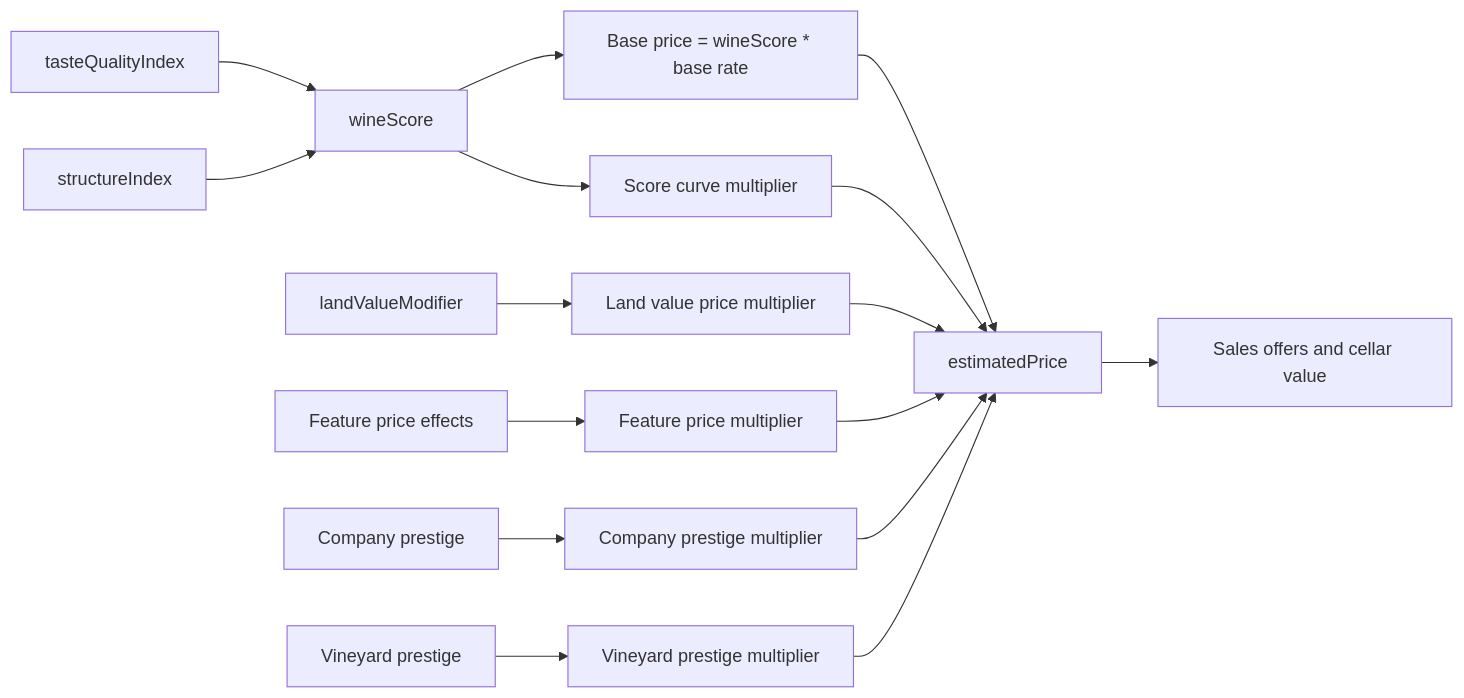
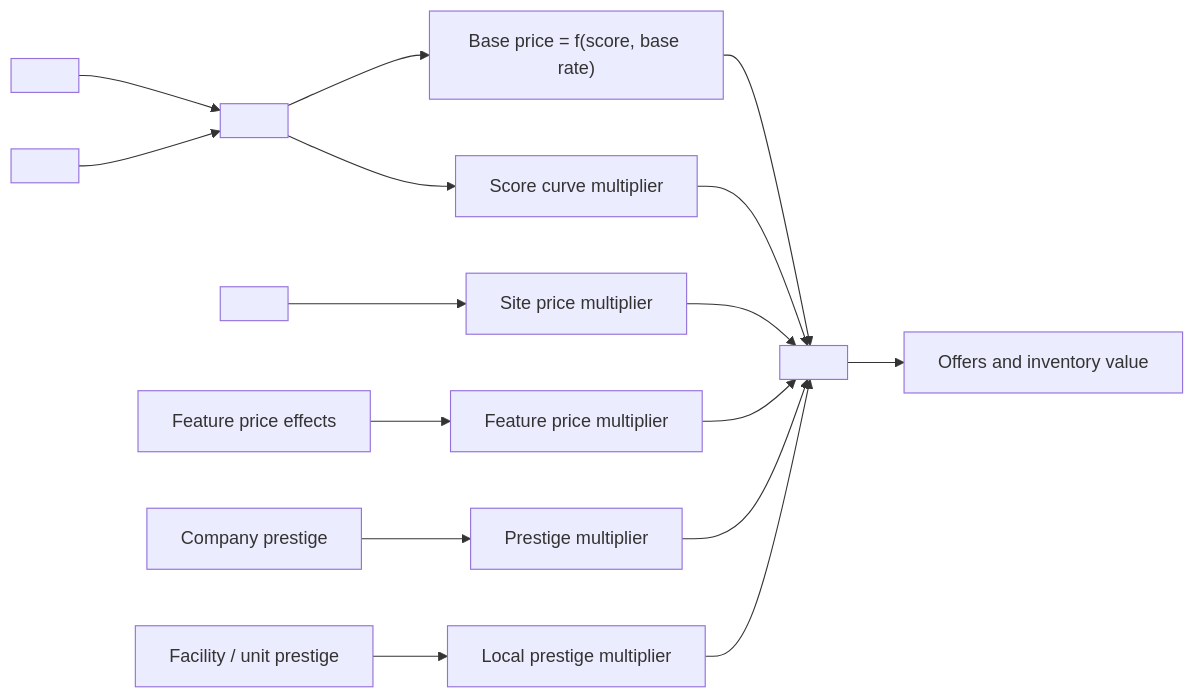
Before and after one commit to gram12321/protoproduction: the sixth of 10 diagrams in docs/VariableRelationshipMap.md, drawn with Mermaid. The commit also changed other lines of this file and 15 other files, not shown here.

````diff
--- a/docs/VariableRelationshipMap.md
+++ b/docs/VariableRelationshipMap.md
@@ -152,18 +160,18 @@
 ```mermaid
 flowchart LR
-  TQI["tasteQualityIndex"] --> WS["wineScore"]
-  SI["structureIndex"] --> WS
-  WS --> BASE["Base price = wineScore * base rate"]
-  WS --> CURVE["Score curve multiplier"]
-  LVM["landValueModifier"] --> LPM["Land value price multiplier"]
+  QI_A["<qualityIndexA>"] --> SC["<aggregateScore>"]
+  QI_B["<qualityIndexB>"] --> SC
+  SC --> BASE["Base price = f(score, base rate)"]
+  SC --> CURVE["Score curve multiplier"]
+  SMOD["<siteModifier>"] --> SPM["Site price multiplier"]
   FE["Feature price effects"] --> FPM["Feature price multiplier"]
-  CP["Company prestige"] --> CPM["Company prestige multiplier"]
-  VP["Vineyard prestige"] --> VPM["Vineyard prestige multiplier"]
-  BASE --> EP["estimatedPrice"]
+  CP["Company prestige"] --> CPM["Prestige multiplier"]
+  FP["Facility / unit prestige"] --> FPM2["Local prestige multiplier"]
+  BASE --> EP["<estimatedPrice>"]
   CURVE --> EP
-  LPM --> EP
+  SPM --> EP
   FPM --> EP
   CPM --> EP
-  VPM --> EP
-  EP --> SALES["Sales offers and cellar value"]
+  FPM2 --> EP
+  EP --> SALES["Offers and inventory value"]
 ```
````
